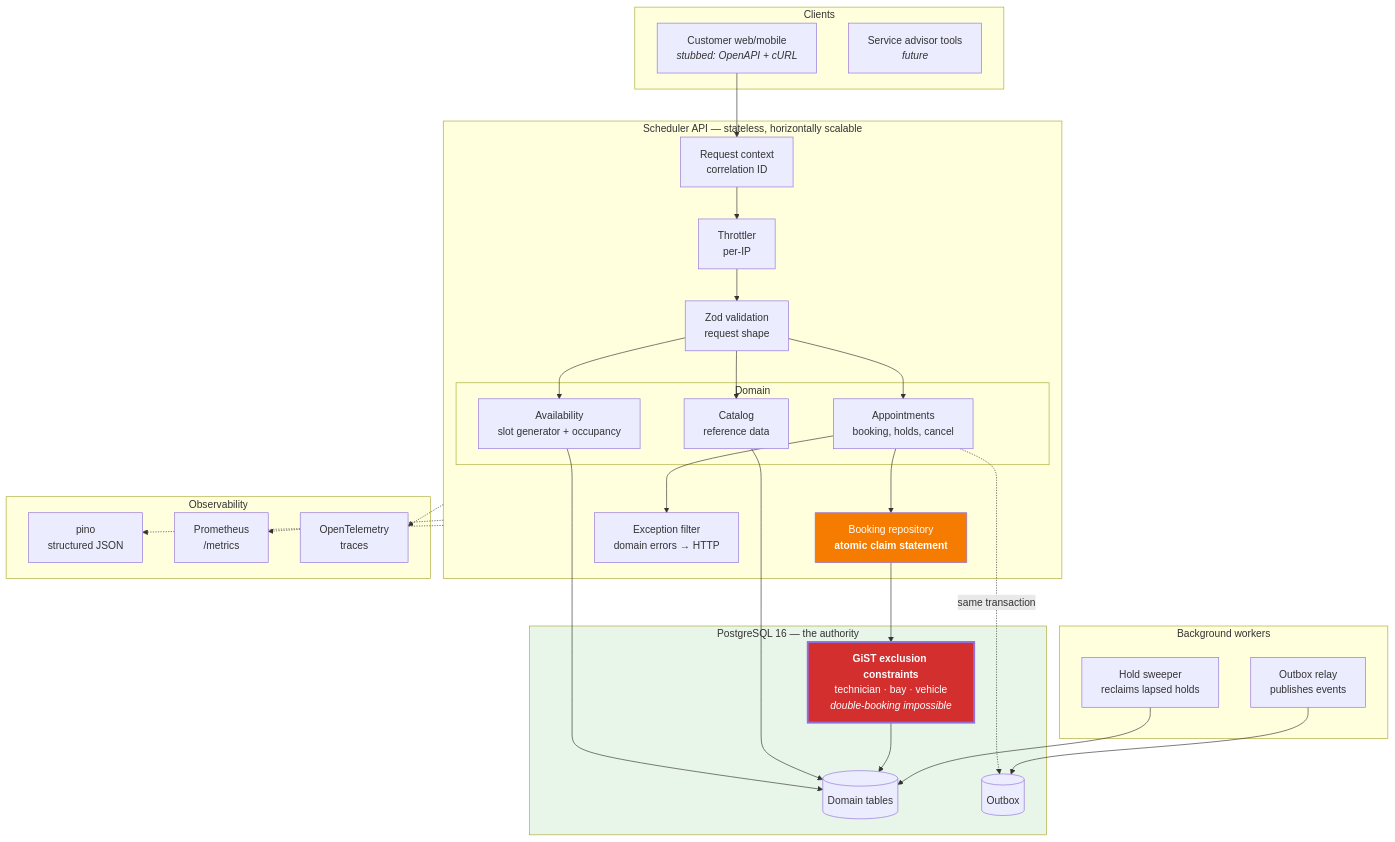
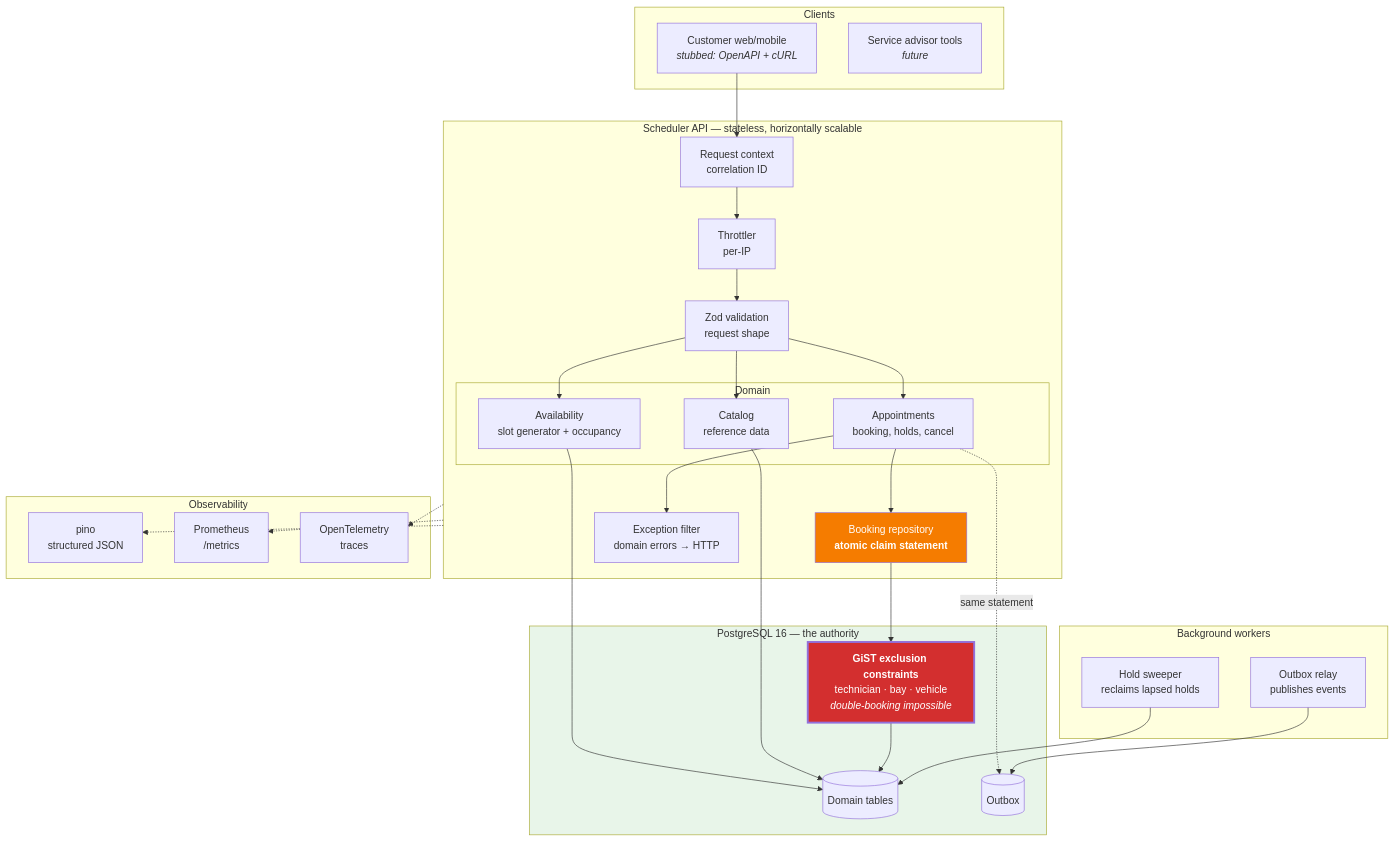
One commit to quan0401/unified-service-scheduler changed the first of 4 diagrams in DESIGN.md. Above: the diagram before and after it, drawn with Mermaid. The commit also changed other lines of this file and 18 other files, not shown here.

````diff
--- a/DESIGN.md
+++ b/DESIGN.md
@@ -44,57 +44,57 @@
 ```mermaid
 graph TB
     subgraph Clients
         C1["Customer web/mobile<br/><i>stubbed: OpenAPI + cURL</i>"]
         C2["Service advisor tools<br/><i>future</i>"]
     end
 
     subgraph API["Scheduler API — stateless, horizontally scalable"]
         MW["Request context<br/>correlation ID"]
         TH["Throttler<br/>per-IP"]
         VAL["Zod validation<br/>request shape"]
 
         subgraph Domain
             AV["Availability<br/>slot generator + occupancy"]
             BK["Appointments<br/>booking, holds, cancel"]
             CAT["Catalog<br/>reference data"]
         end
 
         REPO["Booking repository<br/><b>atomic claim statement</b>"]
         FILT["Exception filter<br/>domain errors → HTTP"]
     end
 
     subgraph Jobs["Background workers"]
         SW["Hold sweeper<br/>reclaims lapsed holds"]
         REL["Outbox relay<br/>publishes events"]
     end
 
     subgraph PG["PostgreSQL 16 — the authority"]
         TBL[("Domain tables")]
         EXC["<b>GiST exclusion constraints</b><br/>technician · bay · vehicle<br/><i>double-booking impossible</i>"]
         OBX[("Outbox")]
     end
 
     subgraph Obs["Observability"]
         LOG["pino<br/>structured JSON"]
         MET["Prometheus<br/>/metrics"]
         TR["OpenTelemetry<br/>traces"]
     end
 
     C1 --> MW --> TH --> VAL
     VAL --> AV & BK & CAT
     BK --> REPO
     AV --> TBL
     CAT --> TBL
     REPO --> EXC
     EXC --> TBL
-    BK -.same transaction.-> OBX
+    BK -.same statement.-> OBX
     REL --> OBX
     SW --> TBL
     BK --> FILT
 
     API -.-> LOG & MET & TR
 
     style EXC fill:#d32f2f,color:#fff,stroke-width:3px
     style REPO fill:#f57c00,color:#fff
     style PG fill:#e8f5e9
 ```
````
